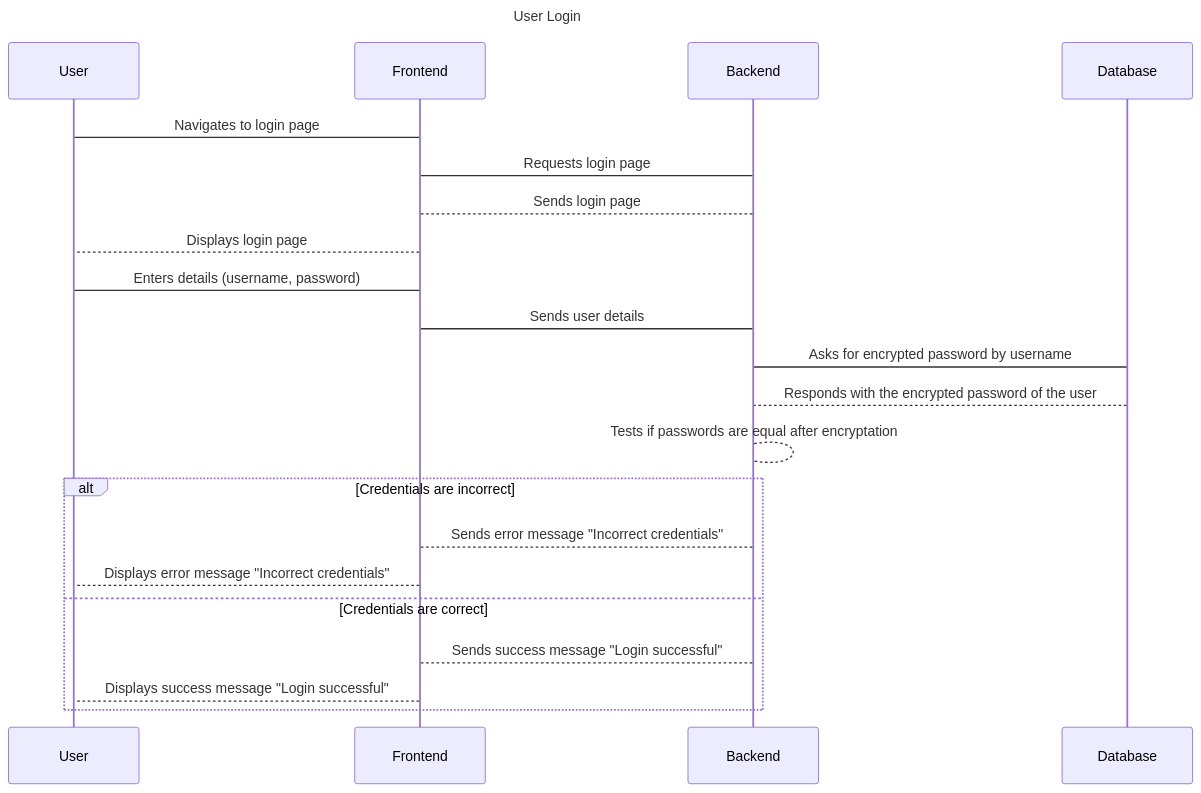
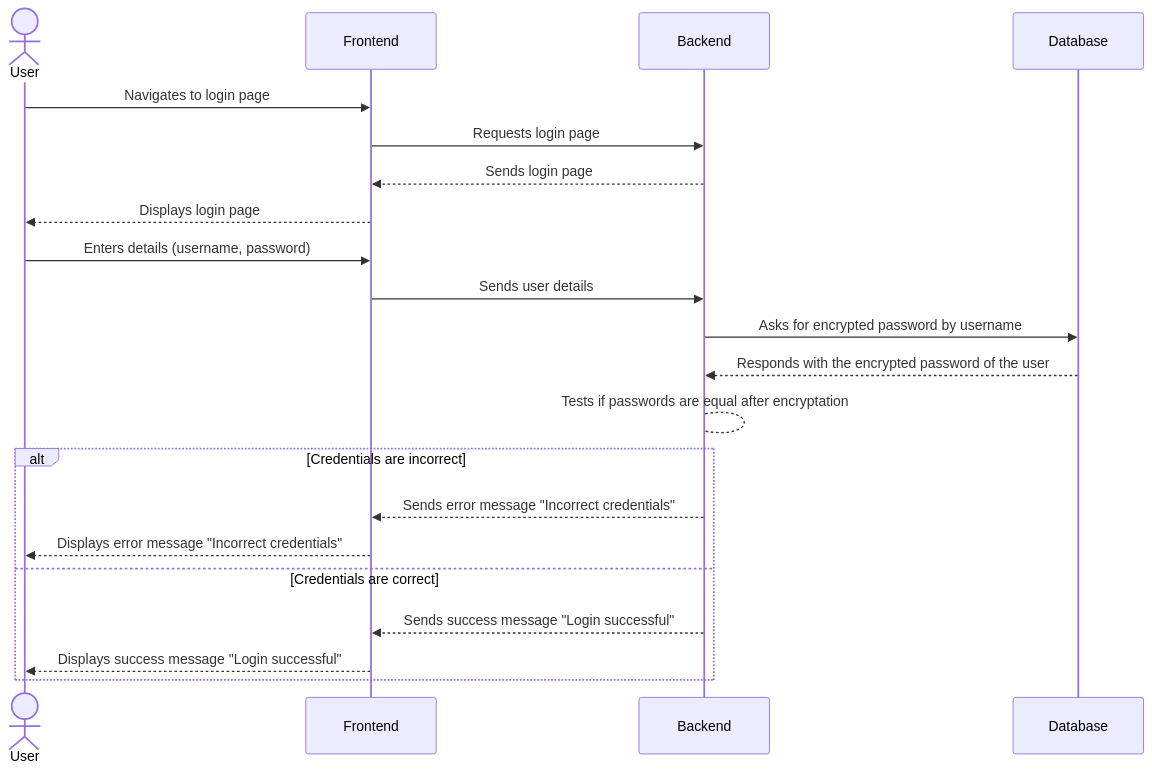
Before and after one commit to Arquisoft/wiq_en3b: the first of 2 diagrams in docs/src/06_runtime_view.adoc, drawn with Mermaid. The commit also changed other lines of this file, not shown here.

Commit message:
Modified Login Scenario Arrows have been included on the diagram to better represent the interaction between the different participants. Also removed link to diagram.

```diff
--- a/docs/src/06_runtime_view.adoc
+++ b/docs/src/06_runtime_view.adoc
@@ -46,21 +46,22 @@
 [mermaid]
 ....
 sequenceDiagram
-    Title: User Login
-    User->Frontend: Navigates to login page
-    Frontend->Backend: Requests login page
-    Backend-->Frontend: Sends login page
-    Frontend-->User: Displays login page
-    User->Frontend: Enters details (username, password)
-    Frontend->Backend: Sends user details
-    Backend->Database: Asks for encrypted password by username
-    Database-->Backend: Responds with the encrypted password of the user
+    actor User as User
+    
+    User->>Frontend: Navigates to login page
+    Frontend->>Backend: Requests login page
+    Backend-->>Frontend: Sends login page
+    Frontend-->>User: Displays login page
+    User->>Frontend: Enters details (username, password)
+    Frontend->>Backend: Sends user details
+    Backend->>Database: Asks for encrypted password by username
+    Database-->>Backend: Responds with the encrypted password of the user
     Backend-->Backend: Tests if passwords are equal after encryptation
     alt Credentials are incorrect
-        Backend-->Frontend: Sends error message "Incorrect credentials"
-        Frontend-->User: Displays error message "Incorrect credentials"
+        Backend-->>Frontend: Sends error message "Incorrect credentials"
+        Frontend-->>User: Displays error message "Incorrect credentials"
     else Credentials are correct
-        Backend-->Frontend: Sends success message "Login successful"
-        Frontend-->User: Displays success message "Login successful"
+        Backend-->>Frontend: Sends success message "Login successful"
+        Frontend-->>User: Displays success message "Login successful"
     end
 ....
```
